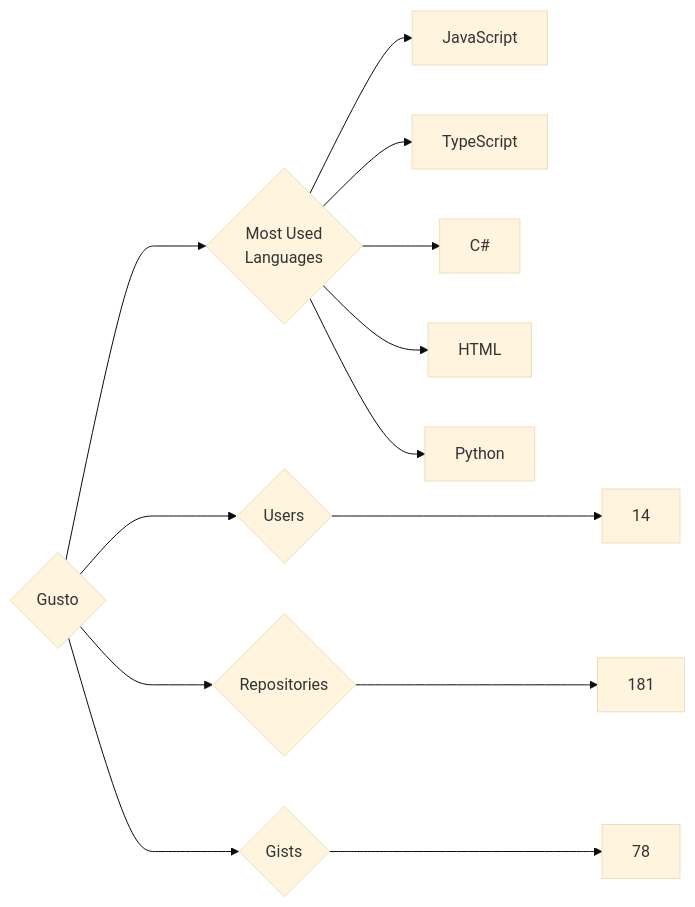
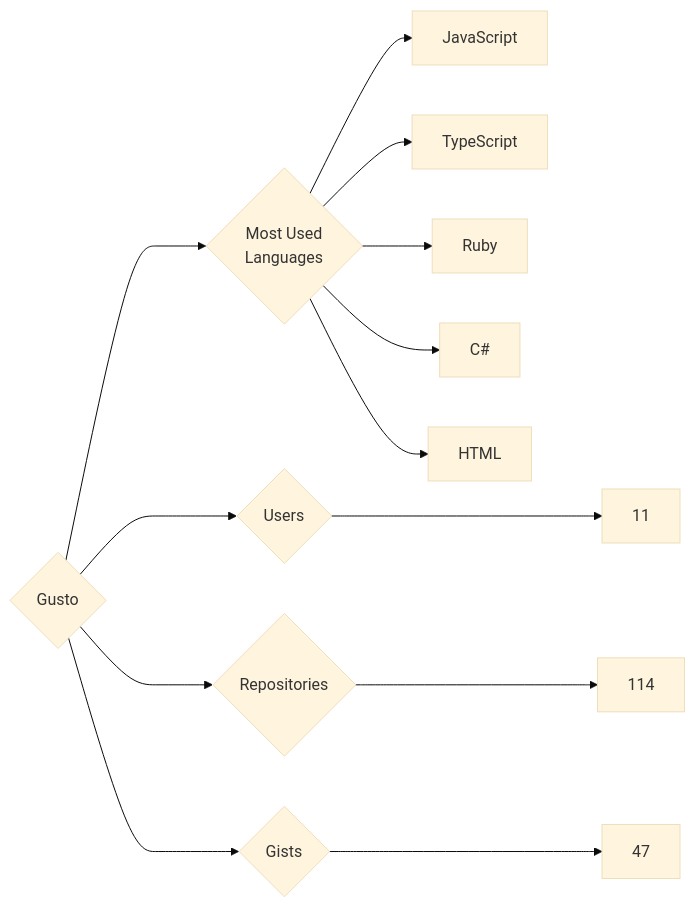
Before and after one commit to trickest/insiders: the diagram in targets/Gusto/README.md, drawn with Mermaid (base theme). The commit also changed 1314 other files, not shown here.

````diff
--- a/targets/Gusto/README.md
+++ b/targets/Gusto/README.md
@@ -3,13 +3,13 @@
 ```mermaid
 graph LR
 COMPANY_NAME{Gusto}
-COMPANY_NAME ---> U{Users} ---> UN[14]
-COMPANY_NAME ---> R{Repositories} ---> RN[181]
-COMPANY_NAME ---> G{Gists} ---> GN[78]
+COMPANY_NAME ---> U{Users} ---> UN[11]
+COMPANY_NAME ---> R{Repositories} ---> RN[114]
+COMPANY_NAME ---> G{Gists} ---> GN[47]
 COMPANY_NAME ---> ML{Most Used<br>Languages}
 ML --> JavaScript[JavaScript]
 ML --> TypeScript[TypeScript]
+ML --> Ruby[Ruby]
 ML --> C#[C#]
 ML --> HTML[HTML]
-ML --> Python[Python]
 ```
````
